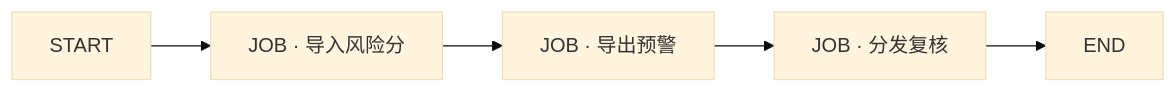
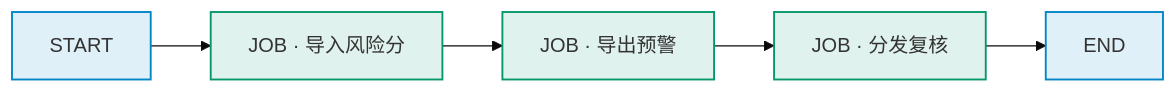
Before and after one commit to pinpols/file-batch-system: the fifth of 6 diagrams in docs/architecture/workflow-dependency-guide.md, drawn with Mermaid (base theme). The commit also changed other lines of this file and 34 other files, not shown here.

First line of the commit message:
docs(diagram): 完成 P3 Mermaid 图样式收口并补充制图规范 (#1390)

````diff
--- a/docs/architecture/workflow-dependency-guide.md
+++ b/docs/architecture/workflow-dependency-guide.md
@@ -398,5 +401,8 @@
 ```mermaid
 %%{init: {"flowchart":{"curve":"linear","nodeSpacing":32,"rankSpacing":48},"sequence":{"mirrorActors":false}}}%%
 flowchart LR
-  S["START"] --> I["JOB · 导入风险分"] --> E["JOB · 导出预警"] --> D["JOB · 分发复核"] --> F["END"]
+  S["START"]:::control --> I["JOB · 导入风险分"]:::worker --> E["JOB · 导出预警"]:::worker --> D["JOB · 分发复核"]:::worker --> F["END"]:::control
+
+  classDef control fill:#0284c71f,stroke:#0284c7,stroke-width:1.5px
+  classDef worker fill:#0596691f,stroke:#059669,stroke-width:1.5px
 ```
````
